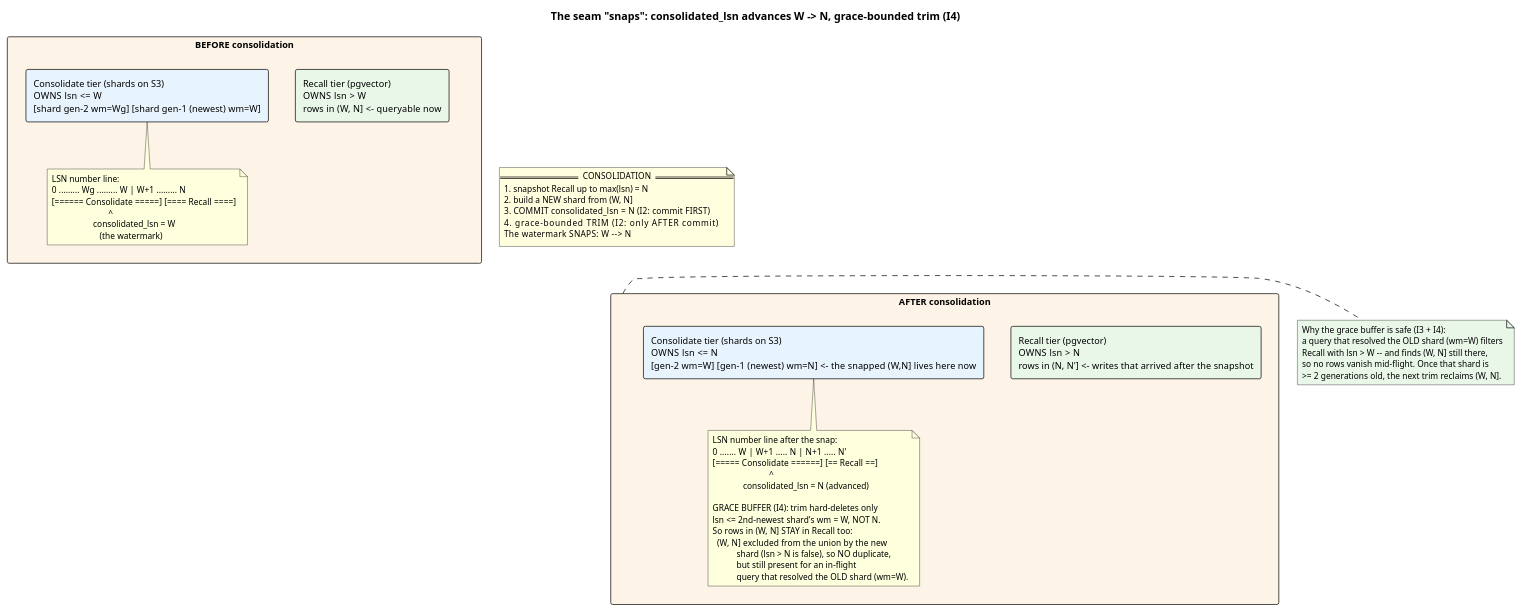
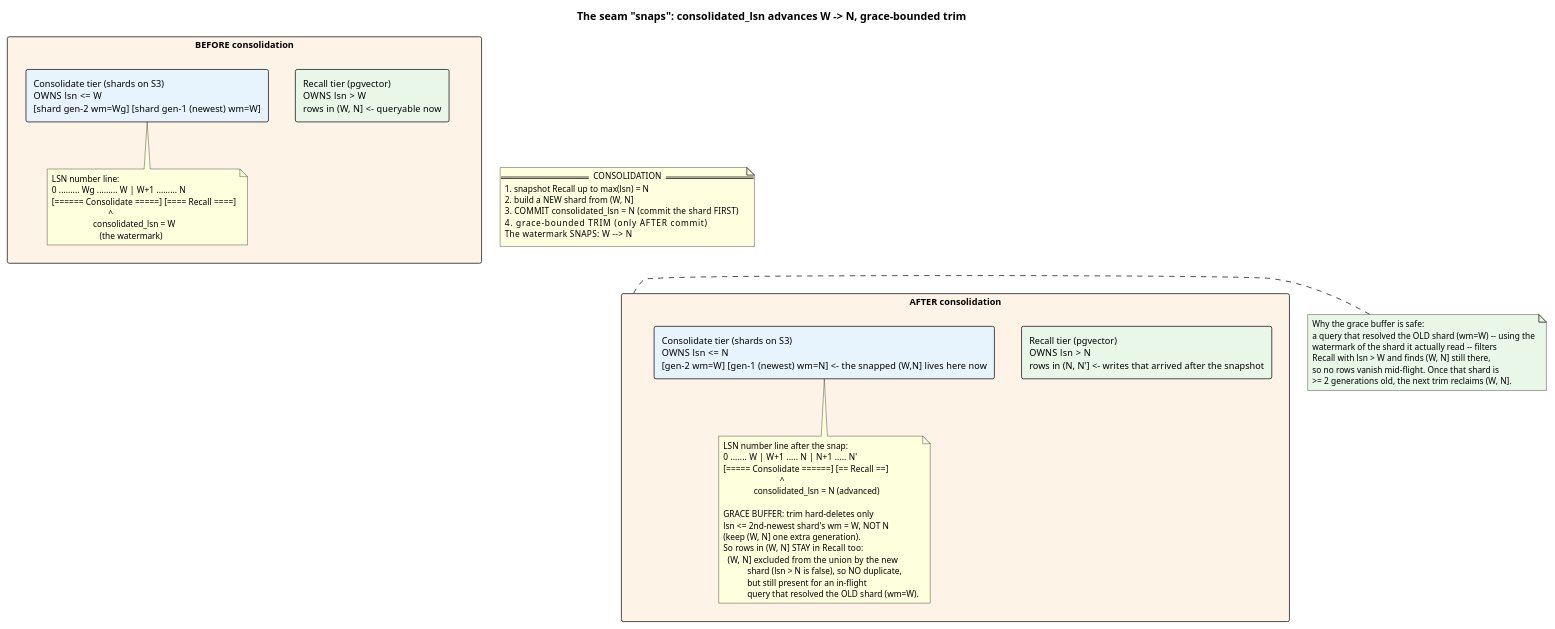
Before and after one commit to rosalinddb/rosalinddb: the diagram in docs/architecture/diagrams/recall-consolidate-watermark.puml, drawn with PlantUML. The commit also changed 4 other files, not shown here.

First line of the commit message:
Revise Recall/Consolidate diagrams for readability

```diff
--- a/docs/architecture/diagrams/recall-consolidate-watermark.puml
+++ b/docs/architecture/diagrams/recall-consolidate-watermark.puml
@@ -1,83 +1,85 @@
 @startuml recall-consolidate-watermark
 ' The key "snap" picture: an LSN number line with consolidated_lsn (the
 ' watermark) as the divider between the Consolidate tier (lsn <= W) and the
 ' Recall tier (lsn > W). BEFORE a consolidation Recall owns (W, N]; AFTER,
 ' consolidation snaps (W, N] into a new shard and the watermark advances
 ' W -> N. The grace-bounded trim reclaims Recall only up to the 2nd-newest
-' shard's watermark (I4), so the rows in (grace_W, N] stay in Recall as a
-' safety buffer for in-flight queries on the older shard.
+' shard's watermark, so the rows in (grace_W, N] stay in Recall one extra
+' generation as a safety buffer for in-flight queries on the older shard.
 
-title The seam "snaps": consolidated_lsn advances W -> N, grace-bounded trim (I4)
+title The seam "snaps": consolidated_lsn advances W -> N, grace-bounded trim
 
 skinparam shadowing false
 skinparam defaultFontName Helvetica
 skinparam defaultFontSize 12
 skinparam NoteFontSize 11
 skinparam rectangleBorderThickness 1
 
 ' ===================== BEFORE =====================
 rectangle "BEFORE consolidation" as before #FDF3E7 {
 
   rectangle "Consolidate tier (shards on S3)\nOWNS  lsn <= W\n[shard gen-2 wm=Wg]  [shard gen-1 (newest) wm=W]" as cBefore #E7F3FD
   rectangle "Recall tier (pgvector)\nOWNS  lsn > W\nrows in (W, N]  <- queryable now" as rBefore #E9F7E9
 
   note bottom of cBefore
     LSN number line:
     0 ......... Wg ......... W |  W+1 ......... N
     [====== Consolidate =====]  [==== Recall ====]
                               ^
                        consolidated_lsn = W
                           (the watermark)
   end note
 
   cBefore -[hidden]right-> rBefore
 }
 
 ' the "snap" transition
 note as snap #LightYellow
   ====  CONSOLIDATION  ====
   1. snapshot Recall up to max(lsn) = N
   2. build a NEW shard from (W, N]
-  3. COMMIT consolidated_lsn = N    (I2: commit FIRST)
-  4. grace-bounded TRIM              (I2: only AFTER commit)
+  3. COMMIT consolidated_lsn = N    (commit the shard FIRST)
+  4. grace-bounded TRIM              (only AFTER commit)
   The watermark SNAPS:  W  -->  N
 end note
 
 before -down[hidden]-> snap
 
 ' ===================== AFTER =====================
 rectangle "AFTER consolidation" as after #FDF3E7 {
 
   rectangle "Consolidate tier (shards on S3)\nOWNS  lsn <= N\n[gen-2 wm=W]  [gen-1 (newest) wm=N]  <- the snapped (W,N] lives here now" as cAfter #E7F3FD
   rectangle "Recall tier (pgvector)\nOWNS  lsn > N\nrows in (N, N']  <- writes that arrived after the snapshot" as rAfter #E9F7E9
 
   note bottom of cAfter
     LSN number line after the snap:
     0 ....... W |  W+1 ..... N |  N+1 ..... N'
     [===== Consolidate ======]  [== Recall ==]
                               ^
                   consolidated_lsn = N (advanced)
 
-    GRACE BUFFER (I4): trim hard-deletes only
-    lsn <= 2nd-newest shard's wm = W, NOT N.
+    GRACE BUFFER: trim hard-deletes only
+    lsn <= 2nd-newest shard's wm = W, NOT N
+    (keep (W, N] one extra generation).
     So rows in (W, N] STAY in Recall too:
       (W, N]  excluded from the union by the new
                shard (lsn > N is false), so NO duplicate,
                but still present for an in-flight
                query that resolved the OLD shard (wm=W).
   end note
 
   cAfter -[hidden]right-> rAfter
 }
 
 snap -down[hidden]-> after
 
 note right of after #E9F7E9
-  Why the grace buffer is safe (I3 + I4):
-  a query that resolved the OLD shard (wm=W) filters
-  Recall with lsn > W -- and finds (W, N] still there,
+  Why the grace buffer is safe:
+  a query that resolved the OLD shard (wm=W) -- using the
+  watermark of the shard it actually read -- filters
+  Recall with lsn > W and finds (W, N] still there,
   so no rows vanish mid-flight. Once that shard is
   >= 2 generations old, the next trim reclaims (W, N].
 end note
 
 @enduml
```
